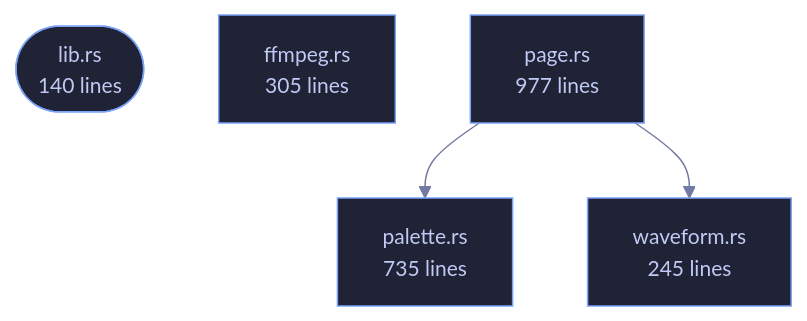
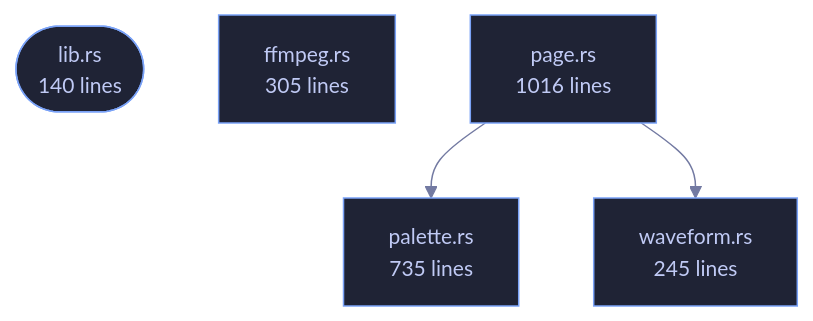
One commit to tilas01/veilvoice changed the diagram in crates/veilvoice-video/README.md. Above: the diagram before and after it, drawn with Mermaid. The commit also changed other lines of this file and 11 other files, not shown here.

````diff
--- a/crates/veilvoice-video/README.md
+++ b/crates/veilvoice-video/README.md
@@ -90,16 +90,16 @@
 ```mermaid
 %%{init: {"theme":"base","themeVariables":{"background":"#1a1b26","primaryColor":"#1f2335","primaryTextColor":"#c0caf5","primaryBorderColor":"#7aa2f7","secondaryColor":"#16161e","tertiaryColor":"#16161e","lineColor":"#737aa2","textColor":"#c0caf5","mainBkg":"#1f2335","nodeBorder":"#7aa2f7","clusterBkg":"#16161e","clusterBorder":"#2f3549","fontFamily":"ui-monospace, SFMono-Regular, Consolas, monospace","fontSize":"14px"}}}%%
 flowchart TD
     n_lib(["lib.rs<br/>140 lines"])
     n_ffmpeg["ffmpeg.rs<br/>305 lines"]
-    n_page["page.rs<br/>977 lines"]
+    n_page["page.rs<br/>1016 lines"]
     n_palette["palette.rs<br/>735 lines"]
     n_waveform["waveform.rs<br/>245 lines"]
     n_page --> n_palette
     n_page --> n_waveform
     click n_lib href "https://github.com/tilas01/veilvoice/blob/main/crates/veilvoice-video/src/lib.rs" "open the source"
     click n_ffmpeg href "https://github.com/tilas01/veilvoice/blob/main/crates/veilvoice-video/src/ffmpeg.rs" "open the source"
     click n_page href "https://github.com/tilas01/veilvoice/blob/main/crates/veilvoice-video/src/page.rs" "open the source"
     click n_palette href "https://github.com/tilas01/veilvoice/blob/main/crates/veilvoice-video/src/palette.rs" "open the source"
     click n_waveform href "https://github.com/tilas01/veilvoice/blob/main/crates/veilvoice-video/src/waveform.rs" "open the source"
 ```
````
